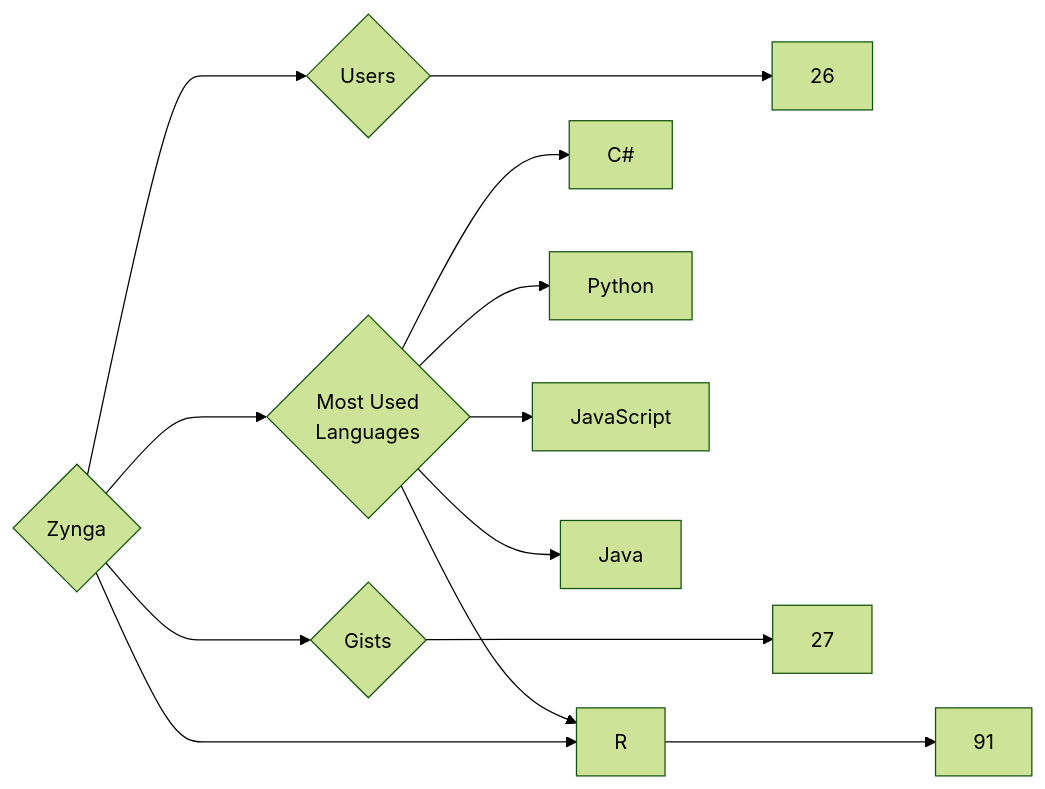
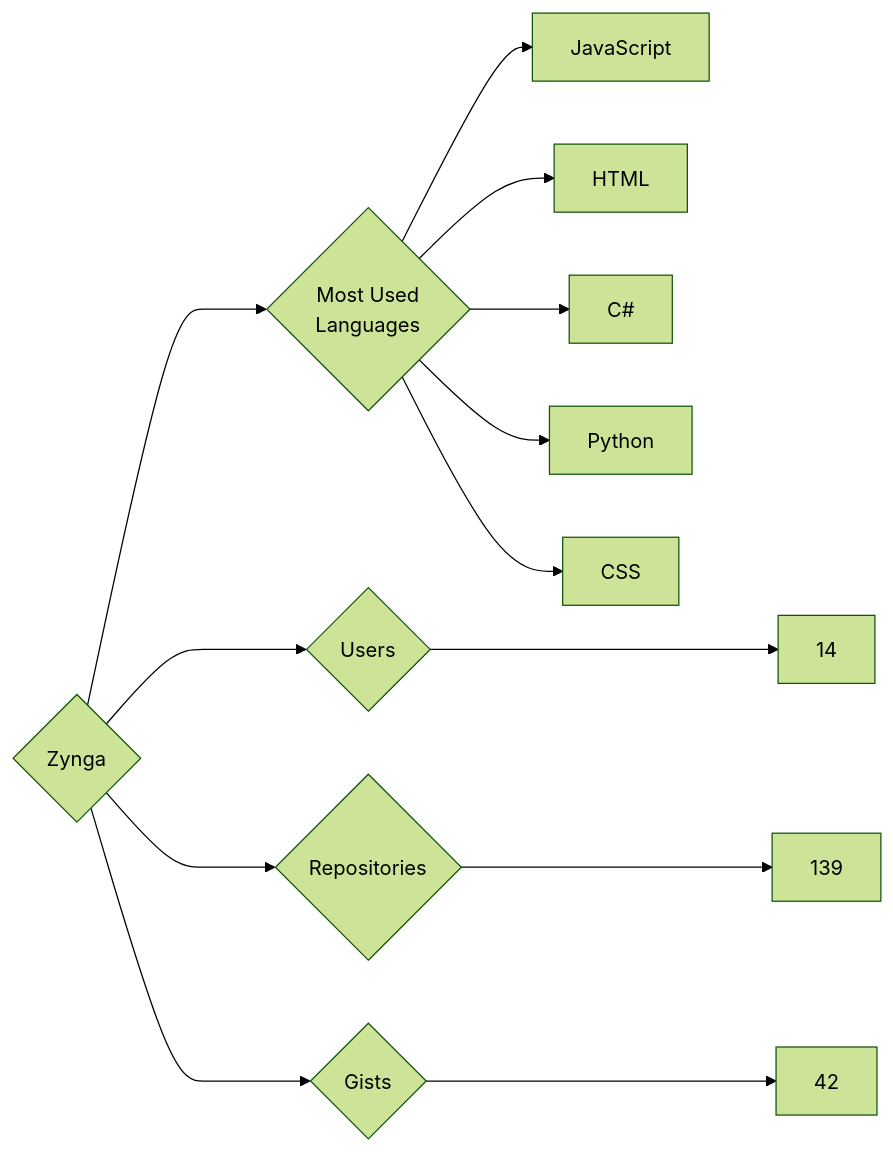
Before and after one commit to trickest/insiders: the diagram in targets/Zynga/README.md, drawn with Mermaid (forest theme). The commit also changed 973 other files, not shown here.

````diff
--- a/targets/Zynga/README.md
+++ b/targets/Zynga/README.md
@@ -3,13 +3,13 @@
 ```mermaid
 graph LR
 COMPANY_NAME{Zynga}
-COMPANY_NAME ---> U{Users} ---> UN[26]
-COMPANY_NAME ---> R{Repositories} ---> RN[91]
-COMPANY_NAME ---> G{Gists} ---> GN[27]
+COMPANY_NAME ---> U{Users} ---> UN[14]
+COMPANY_NAME ---> R{Repositories} ---> RN[139]
+COMPANY_NAME ---> G{Gists} ---> GN[42]
 COMPANY_NAME ---> ML{Most Used<br>Languages}
+ML --> JavaScript[JavaScript]
+ML --> HTML[HTML]
 ML --> C#[C#]
-ML --> R[R]
 ML --> Python[Python]
-ML --> JavaScript[JavaScript]
-ML --> Java[Java]
+ML --> CSS[CSS]
 ```
````
